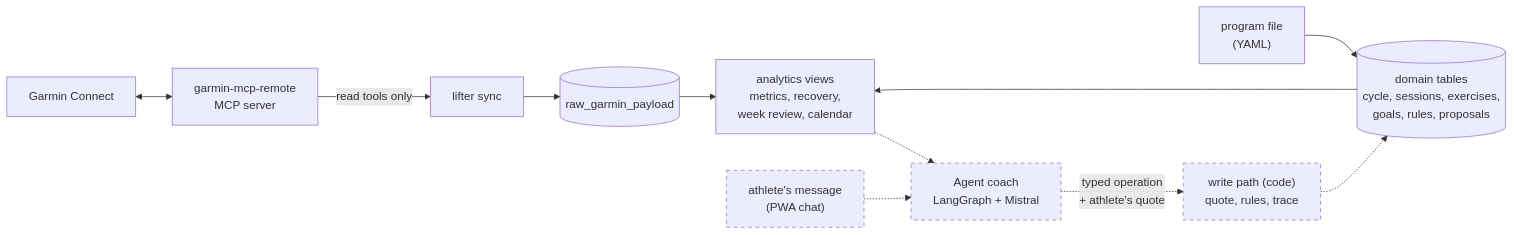
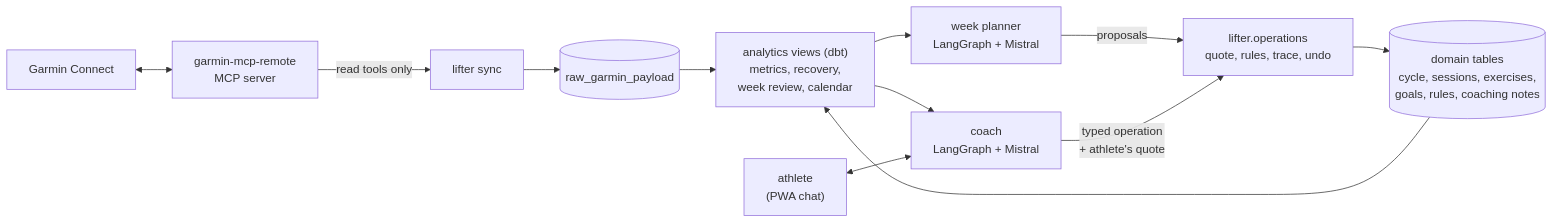
One commit to gabrielkpo/lifter changed the first of 2 diagrams in README.md. Above: the diagram before and after it, drawn with Mermaid. The commit also changed other lines of this file and 7 other files, not shown here.

````diff
--- a/README.md
+++ b/README.md
@@ -32,15 +26,14 @@
 ```mermaid
 flowchart LR
     G["Garmin Connect"] <--> M["garmin-mcp-remote<br/>MCP server"]
     M -->|read tools only| S["lifter sync"]
     S --> R[("raw_garmin_payload")]
-    R --> V["analytics views<br/>metrics, recovery,<br/>week review, calendar"]
-    F["program file<br/>(YAML)"] --> D
-    D[("domain tables<br/>cycle, sessions, exercises,<br/>goals, rules, proposals")] --> V
-    V -.-> A["Agent coach<br/>LangGraph + Mistral"]
-    U["athlete's message<br/>(PWA chat)"] -.-> A
-    A -.->|typed operation<br/>+ athlete's quote| X["write path (code)<br/>quote, rules, trace"]
-    X -.-> D
-    classDef planned stroke-dasharray: 5 5
-    class A,U,X planned
+    R --> V["analytics views (dbt)<br/>metrics, recovery,<br/>week review, calendar"]
+    D[("domain tables<br/>cycle, sessions, exercises,<br/>goals, rules, coaching notes")] --> V
+    V --> P["week planner<br/>LangGraph + Mistral"]
+    V --> C["coach<br/>LangGraph + Mistral"]
+    U["athlete<br/>(PWA chat)"] <--> C
+    P -->|proposals| X
+    C -->|typed operation<br/>+ athlete's quote| X["lifter.operations<br/>quote, rules, trace, undo"]
+    X --> D
 ```
````
